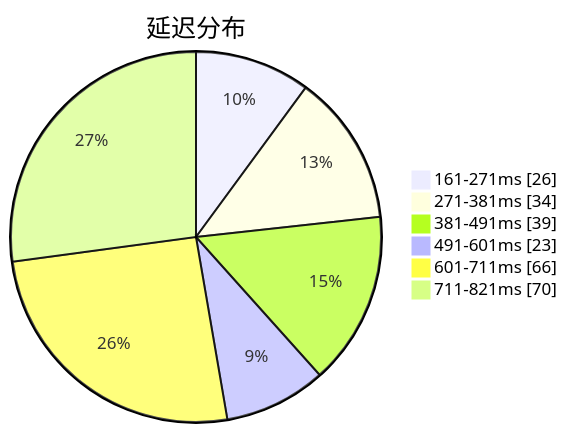
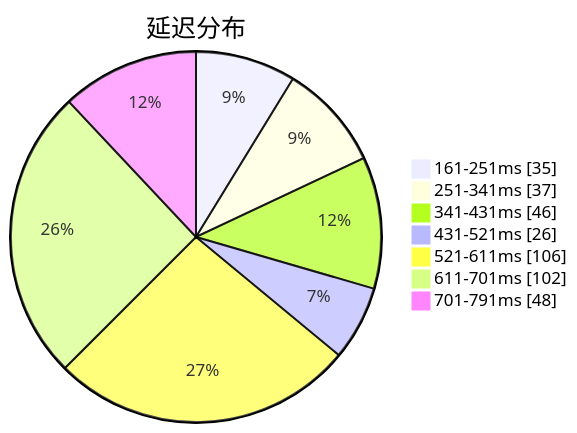
The first of 3 diagrams in subs/statistics/tested_within.md (qjlxg/airport), drawn with Mermaid before and after one commit. The commit also changed other lines of this file and 2 other files, not shown here.

Commit message:
Tested by metaST

````diff
--- a/subs/statistics/tested_within.md
+++ b/subs/statistics/tested_within.md
@@ -2,10 +2,11 @@
 ```mermaid
 pie showData
 title 延迟分布
-"161-271ms" : 26
-"271-381ms" : 34
-"381-491ms" : 39
-"491-601ms" : 23
-"601-711ms" : 66
-"711-821ms" : 70
+"161-251ms" : 35
+"251-341ms" : 37
+"341-431ms" : 46
+"431-521ms" : 26
+"521-611ms" : 106
+"611-701ms" : 102
+"701-791ms" : 48
 ```
````
